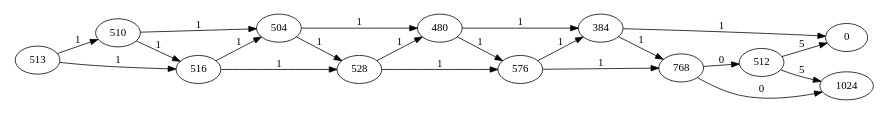
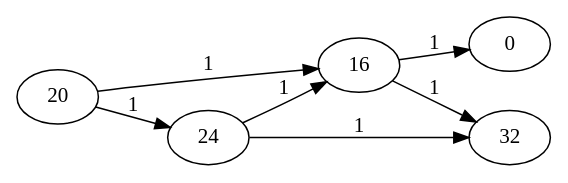
The diagram in GuiTool/image/IDMA/IDMADot.dot (iitramar/guiTool), drawn with Graphviz before and after one commit. The commit also changed 86 other files, not shown here.

```diff
--- a/GuiTool/image/IDMA/IDMADot.dot
+++ b/GuiTool/image/IDMA/IDMADot.dot
@@ -1,36 +1,15 @@
 digraph DMRW{
 rankdir = LR;
  size="8,10.5";
- 513 [pos="6,23!"];
-513 -> 510 [label="1"];
-510 [pos="2,21!"];
-510 -> 504 [label="1"];
-504 [pos="2,19!"];
-504 -> 480 [label="1"];
-480 [pos="2,17!"];
-480 -> 384 [label="1"];
-384 [pos="2,15!"];
-384 -> 0 [label="1"];
-0 [pos="2,13!"];
-384 -> 768 [label="1"];
-768 [pos="8,13!"];
-768 -> 512 [label="0"];
-512 [pos="2,11!"];
-512 -> 0 [label="5"];
-512 -> 1024 [label="5"];
-1024 [pos="8,9!"];
-768 -> 1024 [label="0"];
-480 -> 576 [label="1"];
-576 [pos="8,15!"];
-576 -> 384 [label="1"];
-576 -> 768 [label="1"];
-504 -> 528 [label="1"];
-528 [pos="8,17!"];
-528 -> 480 [label="1"];
-528 -> 576 [label="1"];
-510 -> 516 [label="1"];
-516 [pos="8,19!"];
-516 -> 504 [label="1"];
-516 -> 528 [label="1"];
-513 -> 516 [label="1"];
+ 20 [pos="6,23!"];
+20 -> 16 [label="1"];
+16 [pos="2,21!"];
+16 -> 0 [label="1"];
+0 [pos="2,19!"];
+16 -> 32 [label="1"];
+32 [pos="8,19!"];
+20 -> 24 [label="1"];
+24 [pos="8,21!"];
+24 -> 16 [label="1"];
+24 -> 32 [label="1"];
 }
```
